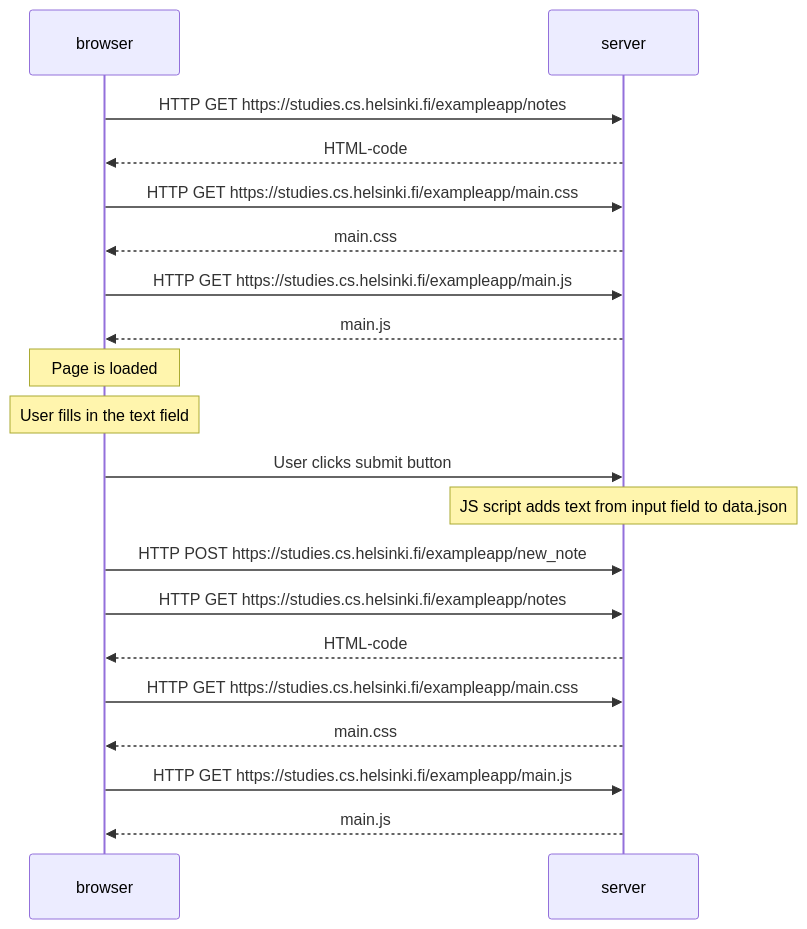
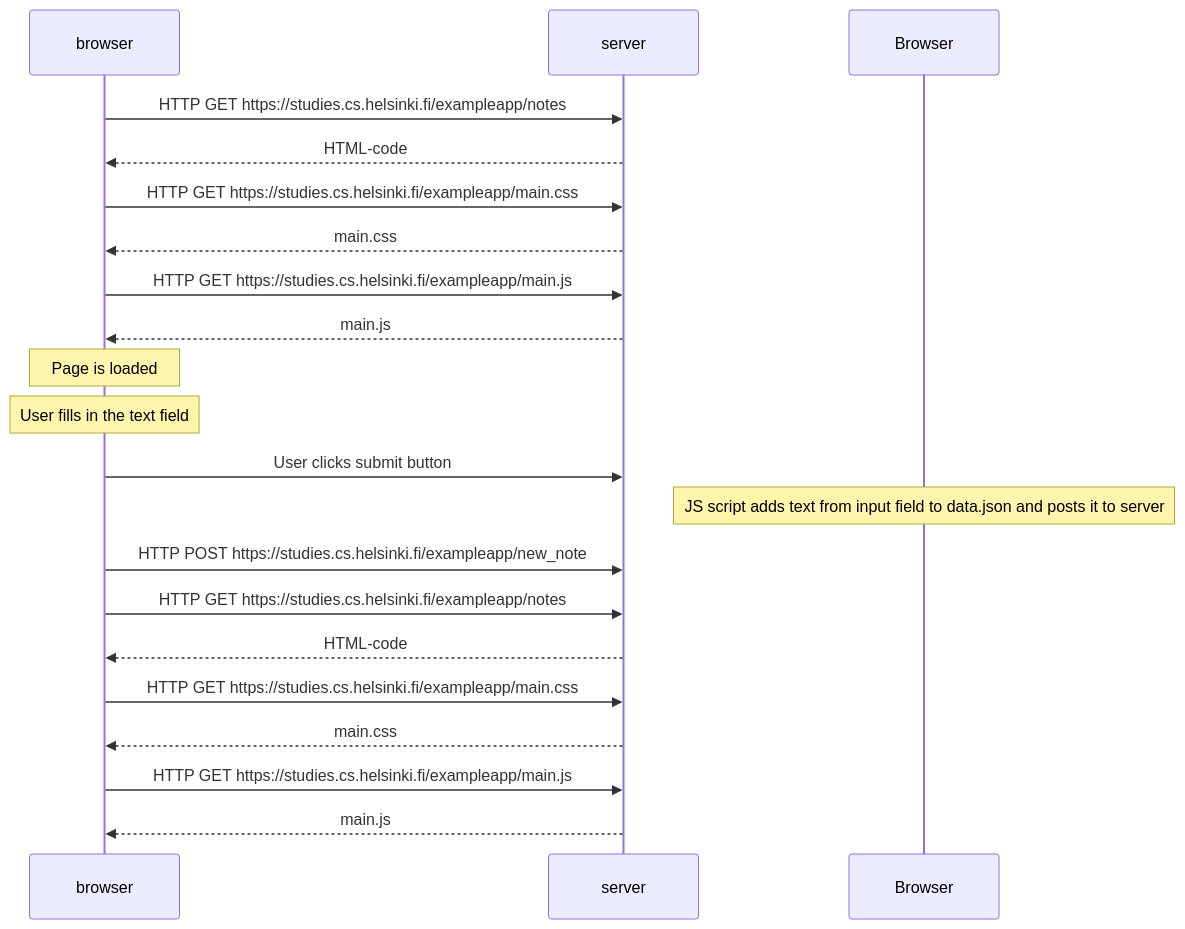
Before and after one commit to simon-archer/fullstack: the diagram in part0/0.4: New note diagram.md, drawn with Mermaid.

Commit message:
Update 0.4: New note diagram.md

````diff
--- a/part0/0.4: New note diagram.md
+++ b/part0/0.4: New note diagram.md
@@ -5,22 +5,22 @@
 ```mermaid
 sequenceDiagram
     participant browser
     participant server
     browser->>server: HTTP GET https://studies.cs.helsinki.fi/exampleapp/notes
     server-->>browser: HTML-code
     browser->>server: HTTP GET https://studies.cs.helsinki.fi/exampleapp/main.css
     server-->>browser: main.css
     browser->>server: HTTP GET https://studies.cs.helsinki.fi/exampleapp/main.js
     server-->>browser: main.js
     Note over browser: Page is loaded
     Note over browser: User fills in the text field
     browser->>server: User clicks submit button
-    Note over server: JS script adds text from input field to data.json
+    Note over Browser: JS script adds text from input field to data.json and posts it to server
     browser->>server: HTTP POST https://studies.cs.helsinki.fi/exampleapp/new_note
     browser->>server: HTTP GET https://studies.cs.helsinki.fi/exampleapp/notes
     server-->>browser: HTML-code
     browser->>server: HTTP GET https://studies.cs.helsinki.fi/exampleapp/main.css
     server-->>browser: main.css
     browser->>server: HTTP GET https://studies.cs.helsinki.fi/exampleapp/main.js
     server-->>browser: main.js
 ```
````
